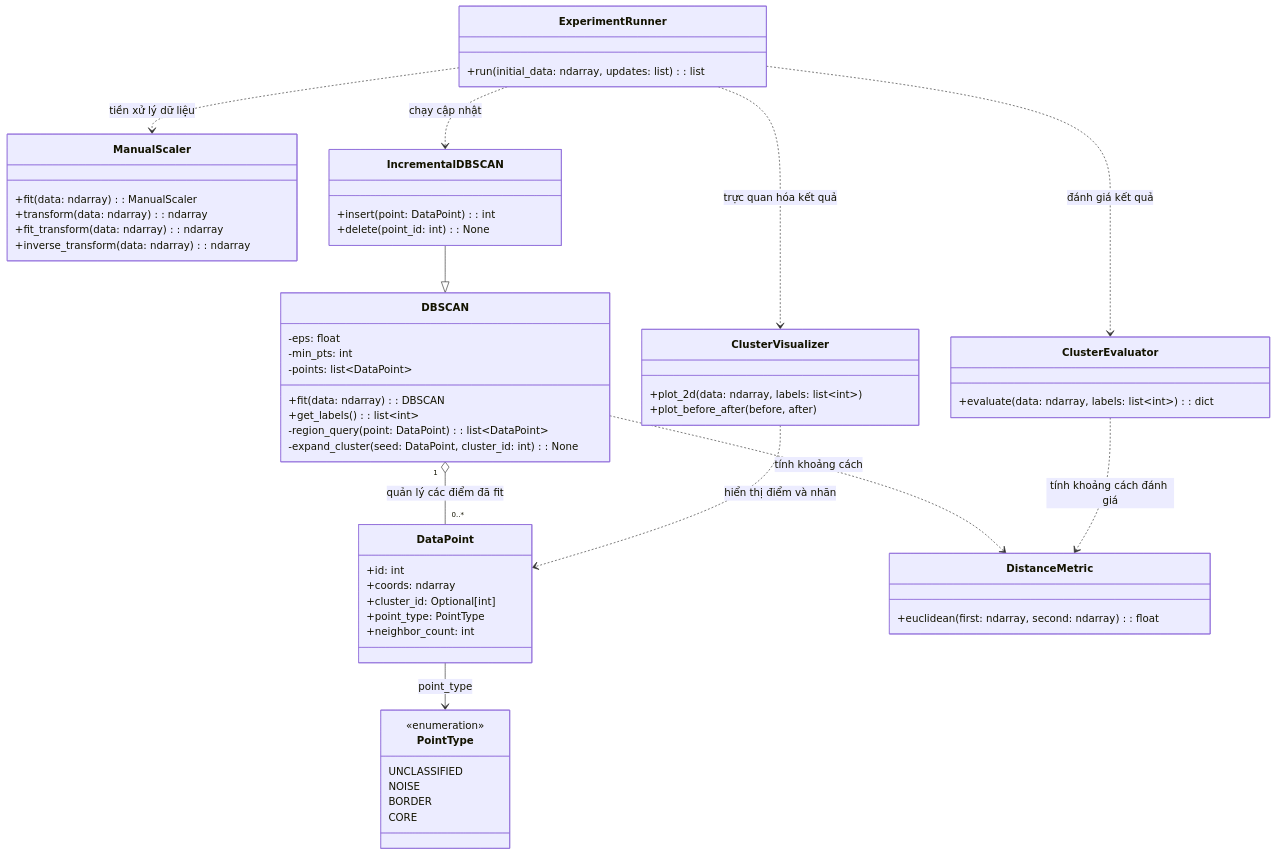
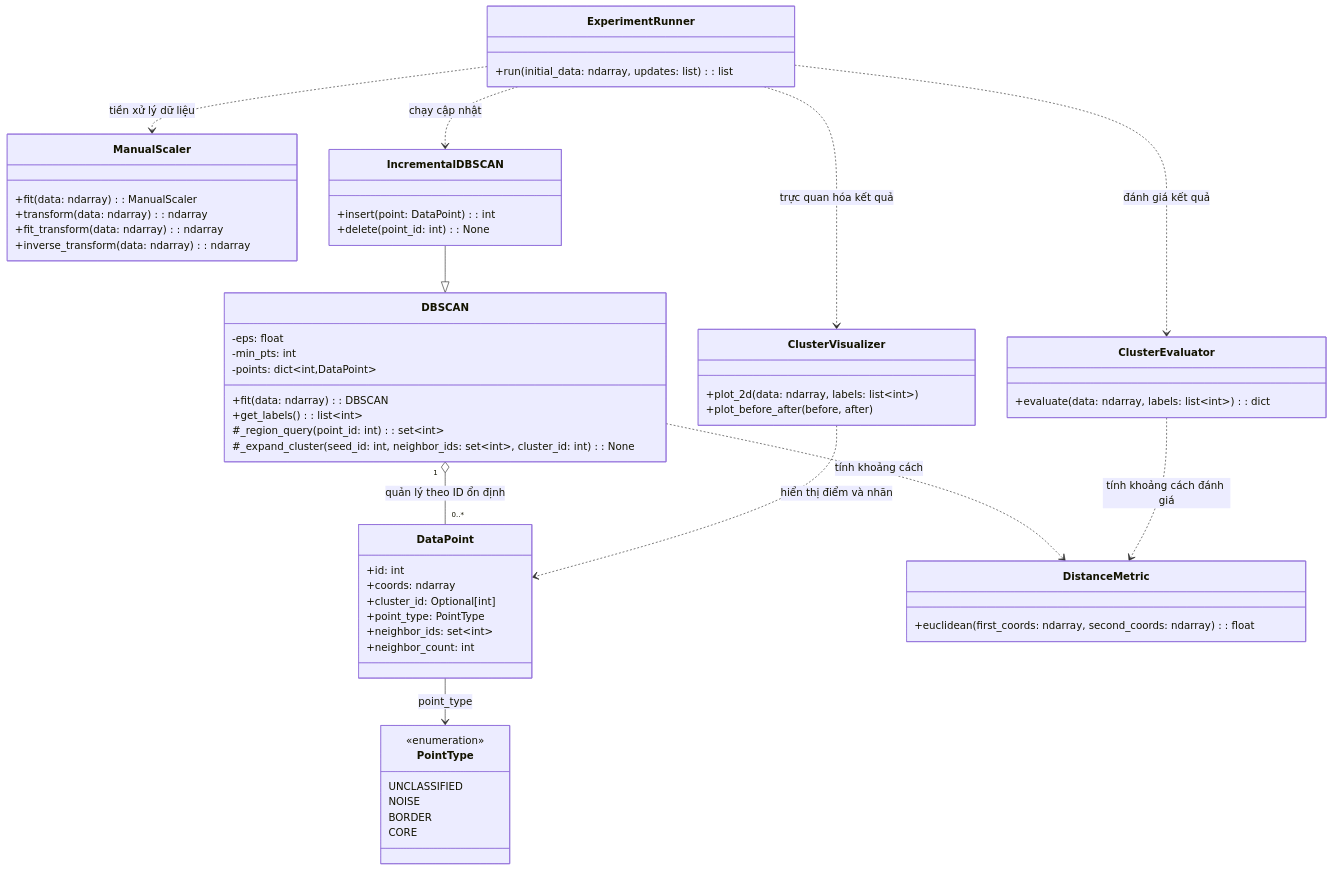
The diagram in docs/oop_design.md (hoanganh-kevz/INCREMENTAL_DBSCAN_NHOM_1), drawn with Mermaid before and after one commit. The commit also changed other lines of this file and 3 other files, not shown here.

````diff
--- a/docs/oop_design.md
+++ b/docs/oop_design.md
@@ -5,70 +5,71 @@
 ```mermaid
 classDiagram
     direction TB
 
     class DataPoint {
         +id: int
         +coords: ndarray
         +cluster_id: Optional[int]
         +point_type: PointType
+        +neighbor_ids: set~int~
         +neighbor_count: int
     }
 
     class PointType {
         <<enumeration>>
         UNCLASSIFIED
         NOISE
         BORDER
         CORE
     }
 
     class DistanceMetric {
-        +euclidean(first: ndarray, second: ndarray): float
+        +euclidean(first_coords: ndarray, second_coords: ndarray): float
     }
 
     class ManualScaler {
         +fit(data: ndarray): ManualScaler
         +transform(data: ndarray): ndarray
         +fit_transform(data: ndarray): ndarray
         +inverse_transform(data: ndarray): ndarray
     }
 
     class DBSCAN {
         -eps: float
         -min_pts: int
-        -points: list~DataPoint~
+        -points: dict~int,DataPoint~
         +fit(data: ndarray): DBSCAN
         +get_labels(): list~int~
-        -region_query(point: DataPoint): list~DataPoint~
-        -expand_cluster(seed: DataPoint, cluster_id: int): None
+        #_region_query(point_id: int): set~int~
+        #_expand_cluster(seed_id: int, neighbor_ids: set~int~, cluster_id: int): None
     }
 
     class IncrementalDBSCAN {
         +insert(point: DataPoint): int
         +delete(point_id: int): None
     }
 
     class ClusterEvaluator {
         +evaluate(data: ndarray, labels: list~int~): dict
     }
 
     class ClusterVisualizer {
         +plot_2d(data: ndarray, labels: list~int~)
         +plot_before_after(before, after)
     }
 
     class ExperimentRunner {
         +run(initial_data: ndarray, updates: list): list
     }
 
     IncrementalDBSCAN --|> DBSCAN
-    DBSCAN "1" o-- "0..*" DataPoint : quản lý các điểm đã fit
+    DBSCAN "1" o-- "0..*" DataPoint : quản lý theo ID ổn định
     DataPoint --> PointType : point_type
     DBSCAN ..> DistanceMetric : tính khoảng cách
     ClusterEvaluator ..> DistanceMetric : tính khoảng cách đánh giá
     ExperimentRunner ..> ManualScaler : tiền xử lý dữ liệu
     ExperimentRunner ..> IncrementalDBSCAN : chạy cập nhật
     ExperimentRunner ..> ClusterEvaluator : đánh giá kết quả
     ExperimentRunner ..> ClusterVisualizer : trực quan hóa kết quả
     ClusterVisualizer ..> DataPoint : hiển thị điểm và nhãn
 ```
````
